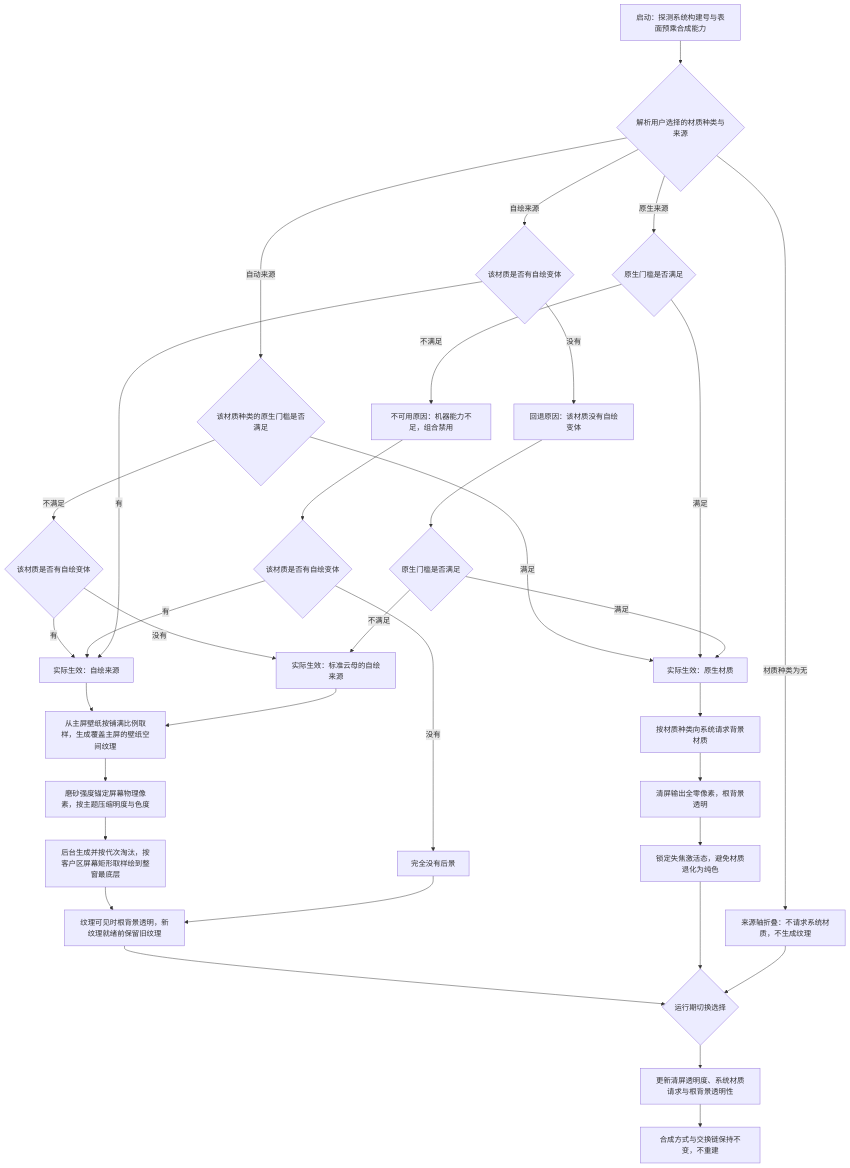
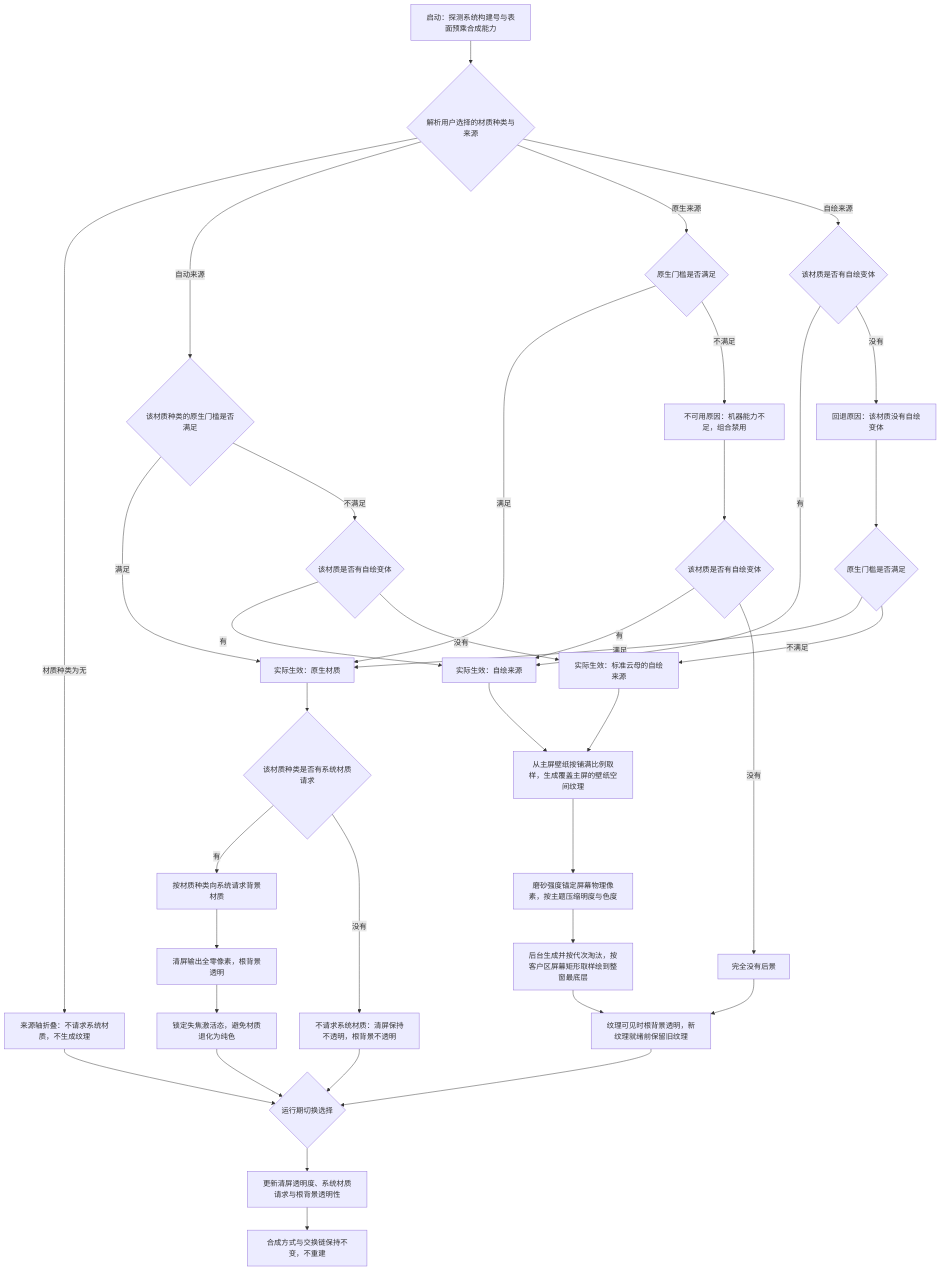
One commit to pengjiaxusz/unbound-ui changed the second of 3 diagrams in docs/architecture/03-扩展系统（subsystems）/平台与窗口集成（platform-integration）.md. Above: the diagram before and after it, drawn with Mermaid. The commit also changed other lines of this file and 8 other files, not shown here.

````diff
--- a/docs/architecture/03-扩展系统（subsystems）/平台与窗口集成（platform-integration）.md
+++ b/docs/architecture/03-扩展系统（subsystems）/平台与窗口集成（platform-integration）.md
@@ -42,43 +43,46 @@
 ```mermaid
 flowchart TB
     Start["启动：探测系统构建号与表面预乘合成能力"] --> Choose{"解析用户选择的材质种类与来源"}
     Choose -- "材质种类为无" --> Off["来源轴折叠：不请求系统材质，不生成纹理"]
 
     Choose -- "自动来源" --> AutoGate{"该材质种类的原生门槛是否满足"}
     AutoGate -- "满足" --> Native["实际生效：原生材质"]
     AutoGate -- "不满足" --> AutoVariant{"该材质是否有自绘变体"}
     AutoVariant -- "有" --> Self["实际生效：自绘来源"]
     AutoVariant -- "没有" --> MicaSelf["实际生效：标准云母的自绘来源"]
 
     Choose -- "原生来源" --> NativeGate{"原生门槛是否满足"}
     NativeGate -- "满足" --> Native
     NativeGate -- "不满足" --> Unavailable["不可用原因：机器能力不足，组合禁用"]
     Unavailable --> NativeVariant{"该材质是否有自绘变体"}
     NativeVariant -- "有" --> Self
     NativeVariant -- "没有" --> NoBackdrop["完全没有后景"]
 
     Choose -- "自绘来源" --> SelfVariant{"该材质是否有自绘变体"}
     SelfVariant -- "有" --> Self
     SelfVariant -- "没有" --> Fallback["回退原因：该材质没有自绘变体"]
     Fallback --> FallbackGate{"原生门槛是否满足"}
     FallbackGate -- "满足" --> Native
     FallbackGate -- "不满足" --> MicaSelf
 
-    Native --> N1["按材质种类向系统请求背景材质"]
+    Native --> N0{"该材质种类是否有系统材质请求"}
+    N0 -- "有" --> N1["按材质种类向系统请求背景材质"]
     N1 --> N2["清屏输出全零像素，根背景透明"]
     N2 --> N3["锁定失焦激活态，避免材质退化为纯色"]
+    N0 -- "没有" --> N4["不请求系统材质：清屏保持不透明，根背景不透明"]
+    N4 --> Switch
 
     Self --> S1["从主屏壁纸按铺满比例取样，生成覆盖主屏的壁纸空间纹理"]
     S1 --> S2["磨砂强度锚定屏幕物理像素，按主题压缩明度与色度"]
     S2 --> S3["后台生成并按代次淘汰，按客户区屏幕矩形取样绘到整窗最底层"]
     S3 --> S4["纹理可见时根背景透明，新纹理就绪前保留旧纹理"]
 
     MicaSelf --> S1
     NoBackdrop --> S4
 
     S4 --> Switch{"运行期切换选择"}
     N3 --> Switch
     Off --> Switch
     Switch --> Apply["更新清屏透明度、系统材质请求与根背景透明性"]
     Apply --> Keep["合成方式与交换链保持不变，不重建"]
 ```
````
